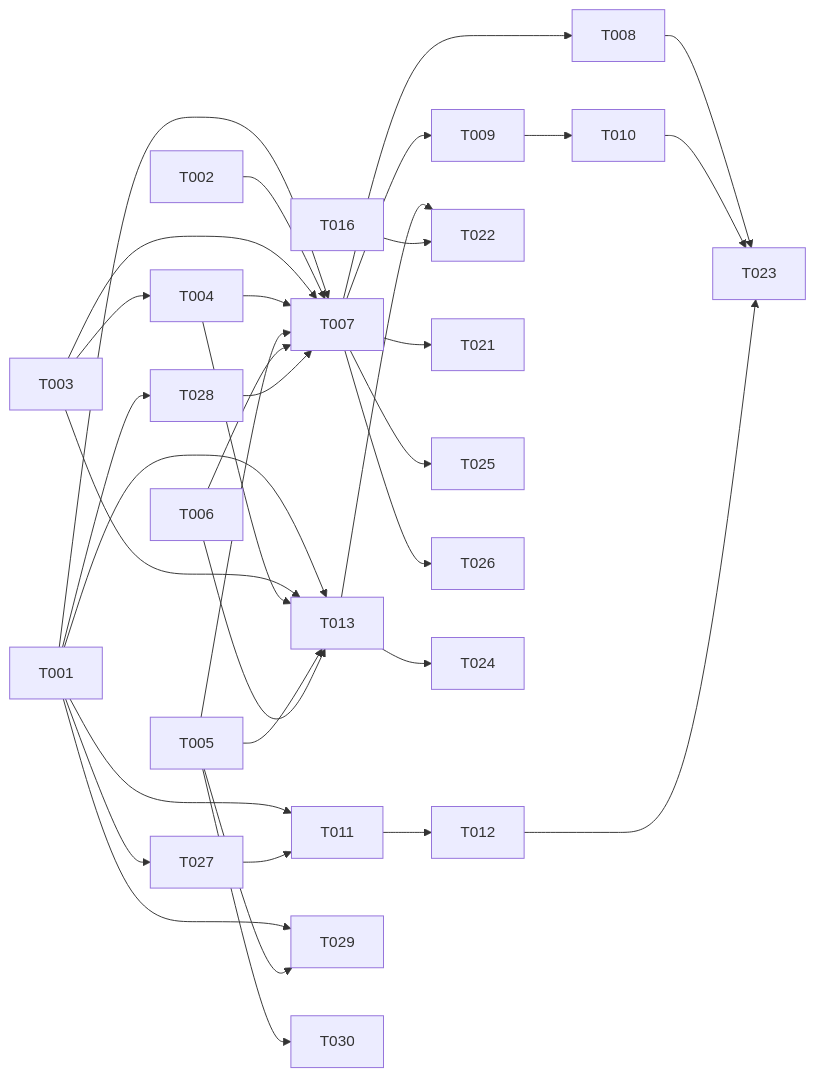
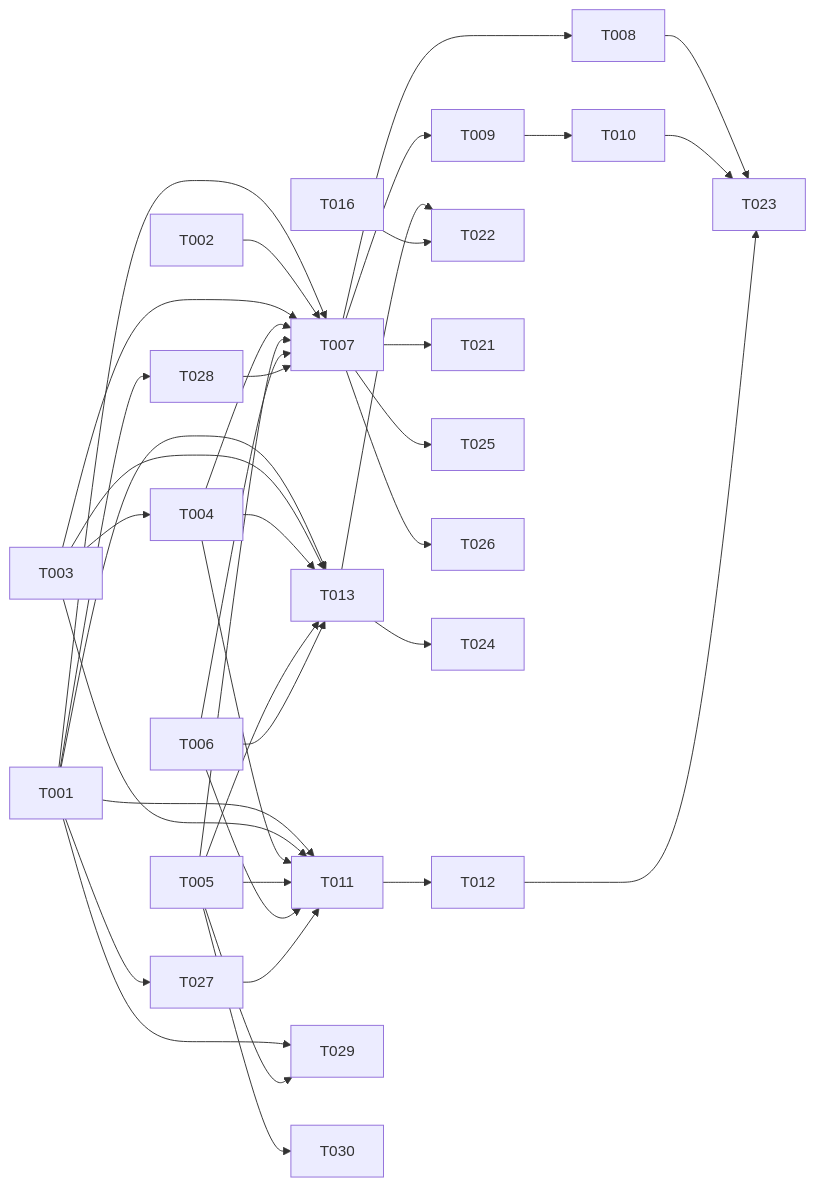
The diagram in specs/015-multi-channel-gateway/tasks.md (UnderUndre/undrecreaitwins), drawn with Mermaid before and after one commit. The commit also changed other lines of this file and 3 other files, not shown here.

````diff
--- a/specs/015-multi-channel-gateway/tasks.md
+++ b/specs/015-multi-channel-gateway/tasks.md
@@ -159,30 +159,31 @@
 ```mermaid
 graph LR
     T001 --> T007
     T001 --> T011
     T001 --> T013
     T002 --> T007
     T003 --> T004
     T003 --> T007
     T004 --> T007
     T005 --> T007
     T006 --> T007
     T007 --> T008
     T007 --> T009
     T009 --> T010
     T011 --> T012
     T003 & T004 & T005 & T006 --> T013
+    T003 & T004 & T005 & T006 --> T011
     T013 & T016 --> T022
     T008 & T010 & T012 --> T023
     T007 --> T021
     T007 --> T025
     T007 --> T026
     T013 --> T024
     T001 --> T027
     T001 --> T028
     T001 --> T029
     T005 --> T029
     T005 --> T030
     T027 --> T011
     T028 --> T007
 ```
````
